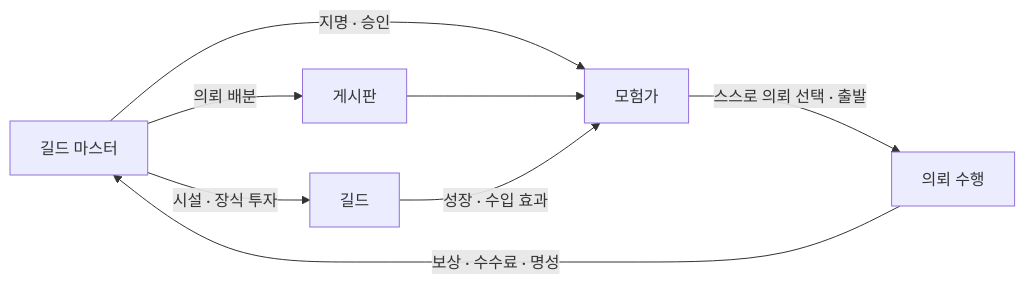
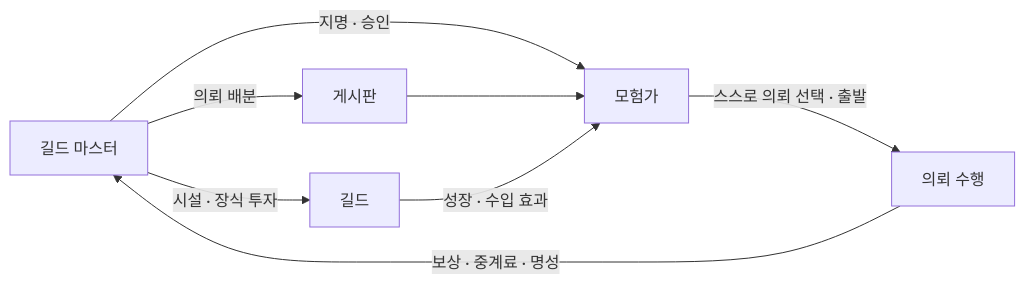
The first of 2 diagrams in docs/book-v2/src/ch01/concept.md (applesoda01/Project_F), drawn with Mermaid before and after one commit. The commit also changed other lines of this file and 409 other files, not shown here.

````diff
--- a/docs/book-v2/src/ch01/concept.md
+++ b/docs/book-v2/src/ch01/concept.md
@@ -18,10 +18,10 @@
 ```mermaid
 flowchart LR
   P[길드 마스터] -->|의뢰 배분| B[게시판]
   P -->|시설 · 장식 투자| G[길드]
   P -->|지명 · 승인| A[모험가]
   B --> A
   G -->|성장 · 수입 효과| A
   A -->|스스로 의뢰 선택 · 출발| Q[의뢰 수행]
-  Q -->|보상 · 수수료 · 명성| P
+  Q -->|보상 · 중계료 · 명성| P
 ```
````
